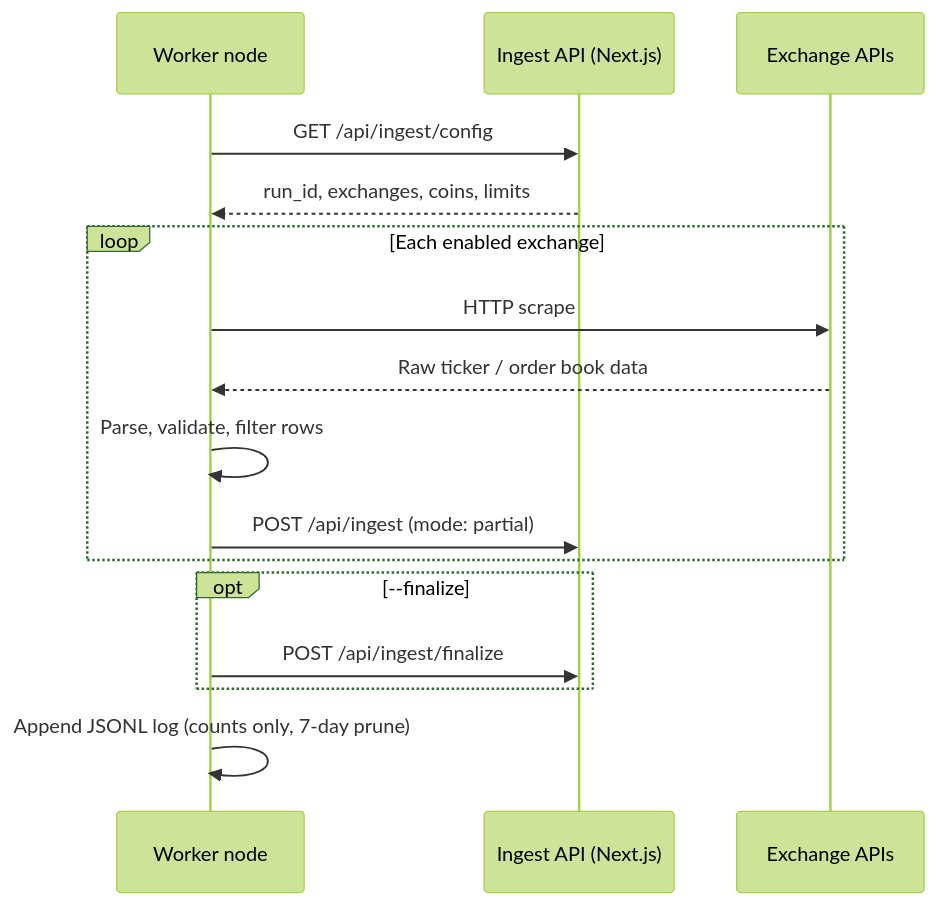
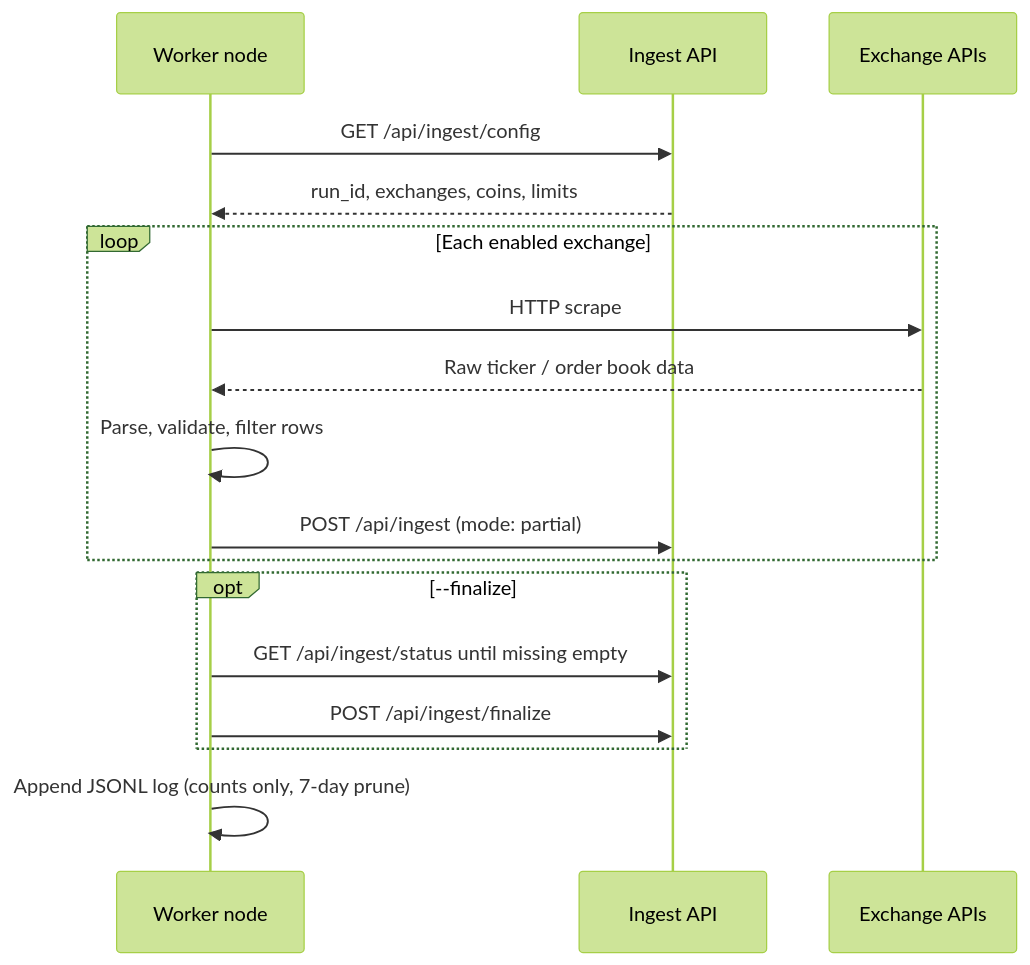
Before and after one commit to davodm/irancrypto-tracker: the first of 3 diagrams in README.md, drawn with Mermaid (forest theme). The commit also changed other lines of this file and 14 other files, not shown here.

First line of the commit message:
feat(ingest): add status readiness polling before finalize and upgrade to Node 24

````diff
--- a/README.md
+++ b/README.md
@@ -28,22 +28,23 @@
 ```mermaid
 sequenceDiagram
   participant W as Worker node
-  participant API as Ingest API (Next.js)
+  participant API as Ingest API
   participant X as Exchange APIs
 
   W->>API: GET /api/ingest/config
   API-->>W: run_id, exchanges, coins, limits
 
   loop Each enabled exchange
     W->>X: HTTP scrape
     X-->>W: Raw ticker / order book data
     W->>W: Parse, validate, filter rows
     W->>API: POST /api/ingest (mode: partial)
   end
 
   opt --finalize
+    W->>API: GET /api/ingest/status until missing empty
     W->>API: POST /api/ingest/finalize
   end
 
   W->>W: Append JSONL log (counts only, 7-day prune)
 ```
````
